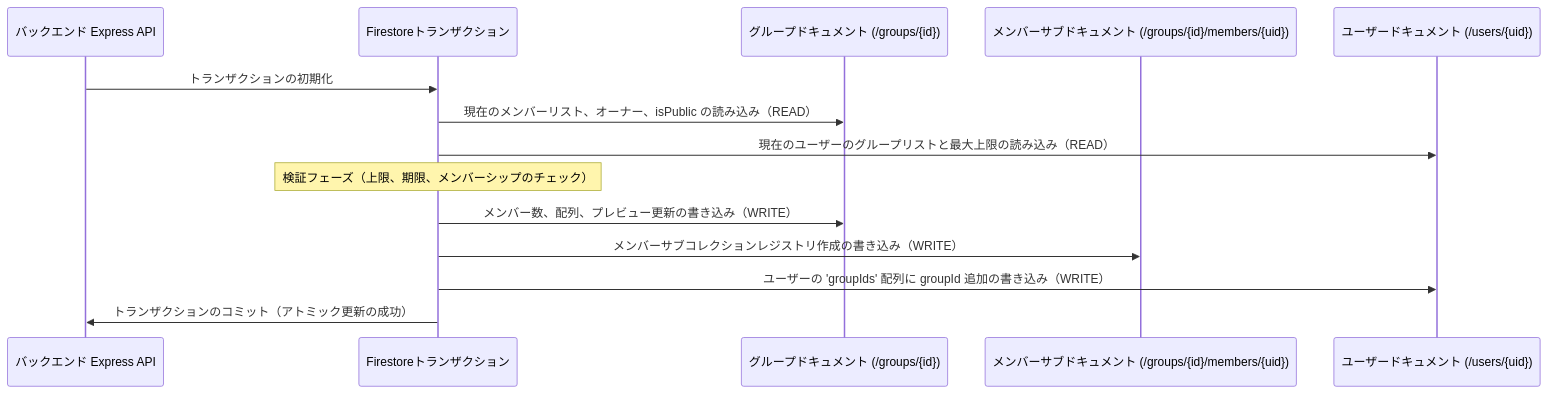
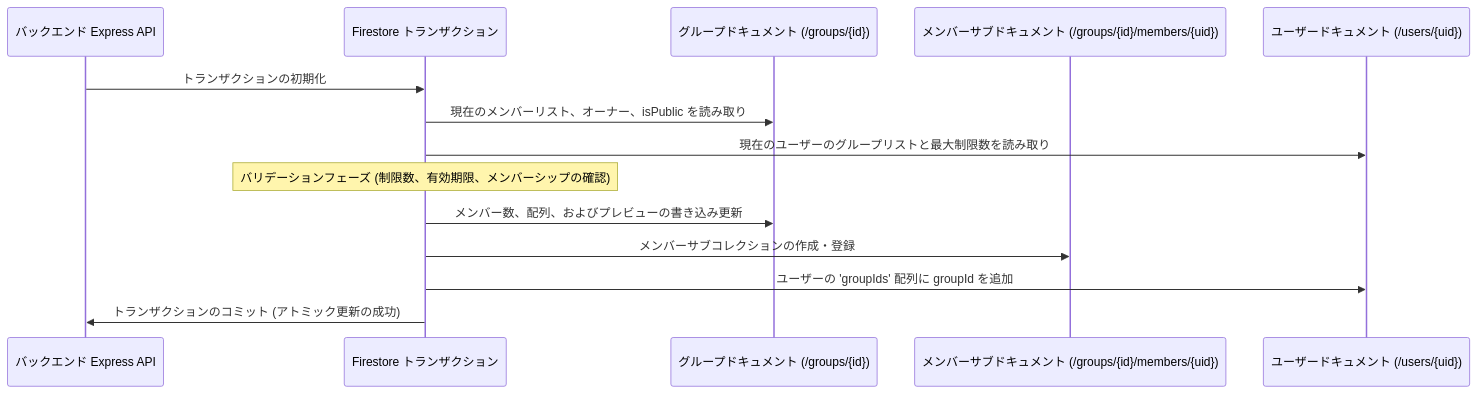
One commit to ScriptureHabit/scripture-habit changed the diagram in docs/ja/firestore-transactions-counters.md. Above: the diagram before and after it, drawn with Mermaid. The commit also changed other lines of this file and 14 other files, not shown here.

````diff
--- a/docs/ja/firestore-transactions-counters.md
+++ b/docs/ja/firestore-transactions-counters.md
@@ -86,17 +82,17 @@
 ```mermaid
 sequenceDiagram
     participant API as バックエンド Express API
-    participant Tx as Firestoreトランザクション
+    participant Tx as Firestore トランザクション
     participant G as グループドキュメント (/groups/{id})
     participant M as メンバーサブドキュメント (/groups/{id}/members/{uid})
     participant U as ユーザードキュメント (/users/{uid})
 
     API->>Tx: トランザクションの初期化
-    Tx->>G: 現在のメンバーリスト、オーナー、isPublic の読み込み（READ）
-    Tx->>U: 現在のユーザーのグループリストと最大上限の読み込み（READ）
-    Note over Tx: 検証フェーズ（上限、期限、メンバーシップのチェック）
-    Tx->>G: メンバー数、配列、プレビュー更新の書き込み（WRITE）
-    Tx->>M: メンバーサブコレクションレジストリ作成の書き込み（WRITE）
-    Tx->>U: ユーザーの 'groupIds' 配列に groupId 追加の書き込み（WRITE）
-    Tx->>API: トランザクションのコミット（アトミック更新の成功）
+    Tx->>G: 現在のメンバーリスト、オーナー、isPublic を読み取り
+    Tx->>U: 現在のユーザーのグループリストと最大制限数を読み取り
+    Note over Tx: バリデーションフェーズ (制限数、有効期限、メンバーシップの確認)
+    Tx->>G: メンバー数、配列、およびプレビューの書き込み更新
+    Tx->>M: メンバーサブコレクションの作成・登録
+    Tx->>U: ユーザーの 'groupIds' 配列に groupId を追加
+    Tx->>API: トランザクションのコミット (アトミック更新の成功)
 ```
````
